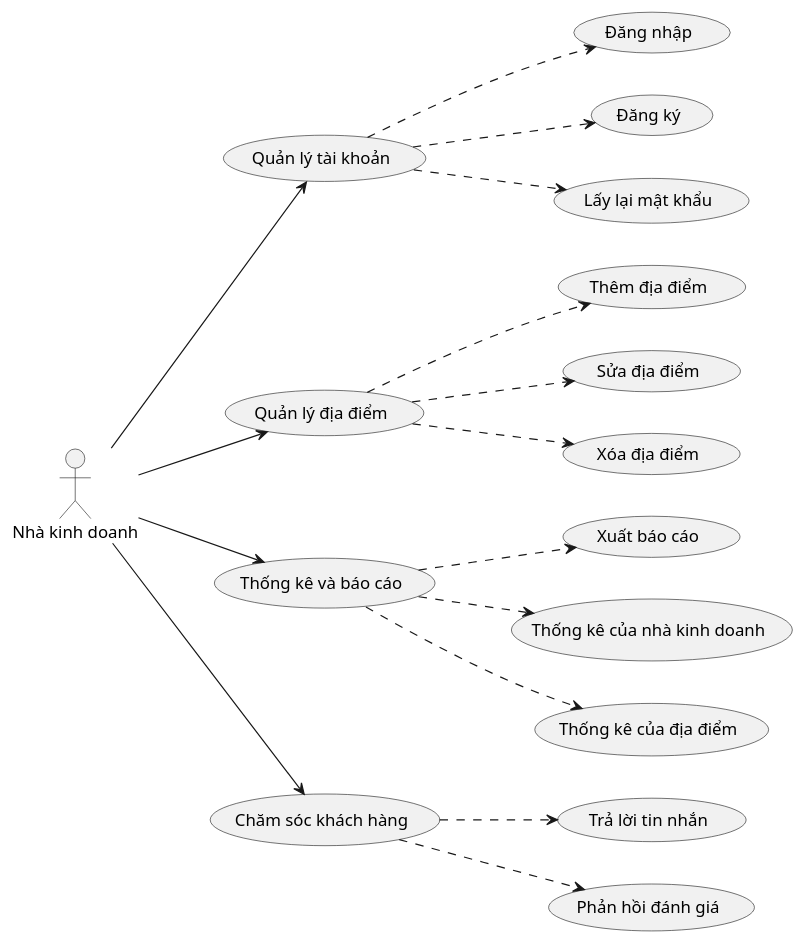
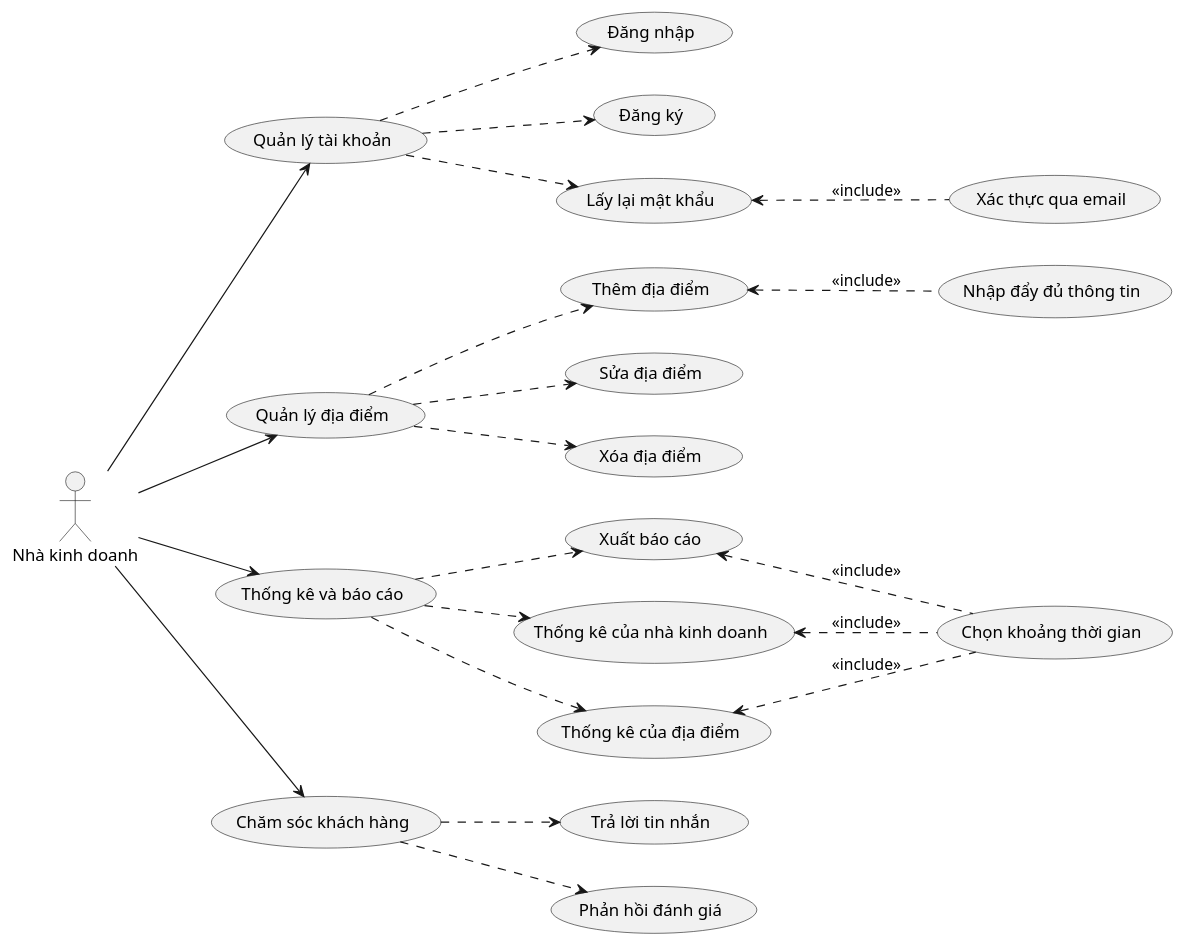
Before and after one commit to timothyagile/diagram-by-plantuml: the diagram in business-diagram.plantuml, drawn with PlantUML. The commit also changed 14 other files, not shown here.

```diff
--- a/business-diagram.plantuml
+++ b/business-diagram.plantuml
@@ -1,28 +1,34 @@
 @startuml 
 actor :Nhà kinh doanh: as Business
 left to right direction
 (Quản lý tài khoản) as QLTK
 (Quản lý địa điểm) as QLDD
 (Thống kê và báo cáo) as TKBC
 (Chăm sóc khách hàng) as CSKH
 
 Business -->  QLTK
 QLTK ..> (Đăng nhập)
 QLTK ..> (Đăng ký)
 QLTK ..> (Lấy lại mật khẩu)
+(Lấy lại mật khẩu) <.. (Xác thực qua email) : <<include>>
+
 
 Business --> QLDD
 QLDD ..> (Thêm địa điểm)
+(Thêm địa điểm) <.. (Nhập đẩy đủ thông tin): <<include>>
 QLDD ..> (Sửa địa điểm)
 QLDD ..> (Xóa địa điểm)
 
 Business --> TKBC
 TKBC ..> (Xuất báo cáo)
+(Xuất báo cáo) <.. (Chọn khoảng thời gian): <<include>>
 TKBC ..> (Thống kê của nhà kinh doanh)
+(Thống kê của nhà kinh doanh) <.. (Chọn khoảng thời gian): <<include>>
 TKBC ..> (Thống kê của địa điểm)
+(Thống kê của địa điểm) <.. (Chọn khoảng thời gian): <<include>>
 
 Business --> CSKH
 CSKH ..> (Trả lời tin nhắn)
 CSKH ..> (Phản hồi đánh giá)
 
 @enduml
```
